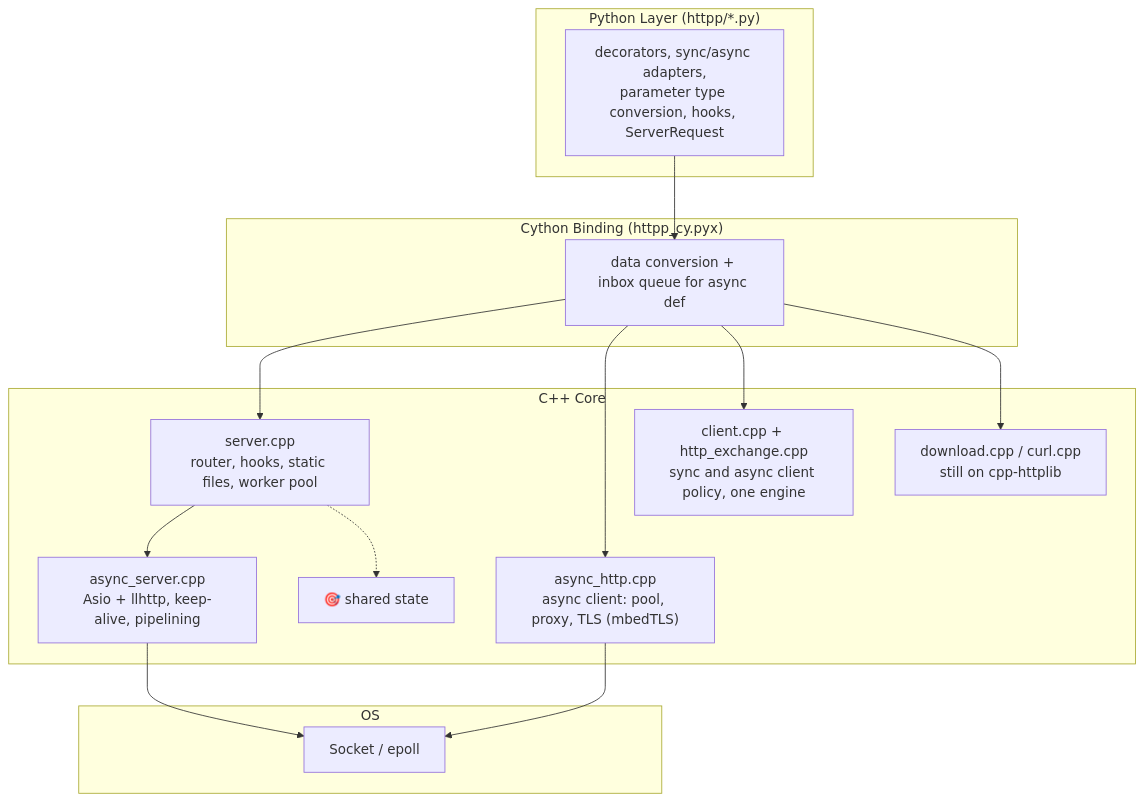
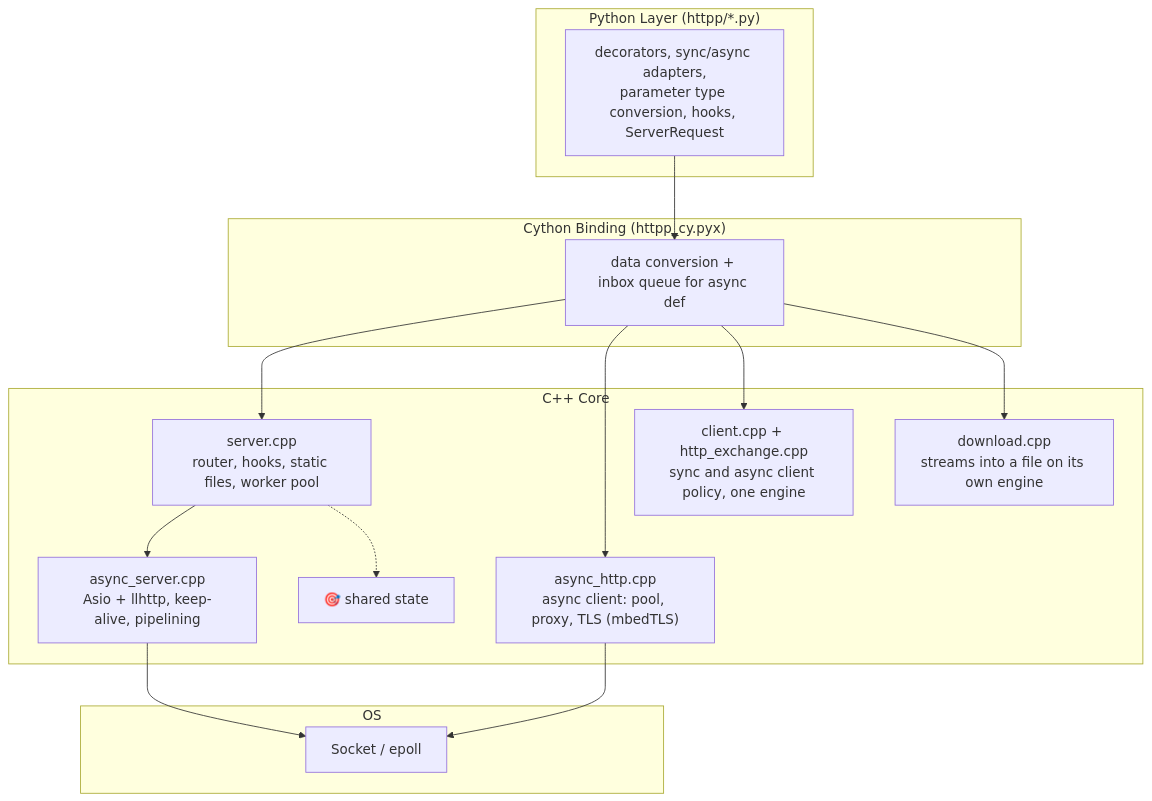
The first of 6 diagrams in docs/Architecture.md (MohammadRaziei/httpp), drawn with Mermaid before and after one commit. The commit also changed other lines of this file and 41 other files, not shown here.

First line of the commit message:
refactor: remove cpp-httplib dependency and migrate file I/O to std::filesystem-agnostic internals

````diff
--- a/docs/Architecture.md
+++ b/docs/Architecture.md
@@ -61,33 +60,33 @@
 ```mermaid
 graph TB
     subgraph "Python Layer (httpp/*.py)"
         PY["decorators, sync/async adapters,<br/>parameter type conversion, hooks, ServerRequest"]
     end
 
     subgraph "Cython Binding (httpp_cy.pyx)"
         BIND["data conversion + inbox queue for async def"]
     end
 
     subgraph "C++ Core"
         SRV["server.cpp<br/>router, hooks, static files, worker pool"]
         ENG["async_server.cpp<br/>Asio + llhttp, keep-alive, pipelining"]
         ACLI["async_http.cpp<br/>async client: pool, proxy, TLS (mbedTLS)"]
         SCLI["client.cpp + http_exchange.cpp<br/>sync and async client policy, one engine"]
-        DLD["download.cpp / curl.cpp<br/>still on cpp-httplib"]
+        DLD["download.cpp<br/>streams into a file on its own engine"]
         SHM["🎯 shared state"]
     end
 
     subgraph "OS"
         SOCK["Socket / epoll"]
     end
 
     PY --> BIND
     BIND --> SRV
     BIND --> ACLI
     BIND --> SCLI
     BIND --> DLD
     SRV --> ENG
     ENG --> SOCK
     ACLI --> SOCK
     SRV -.-> SHM
 ```
````
